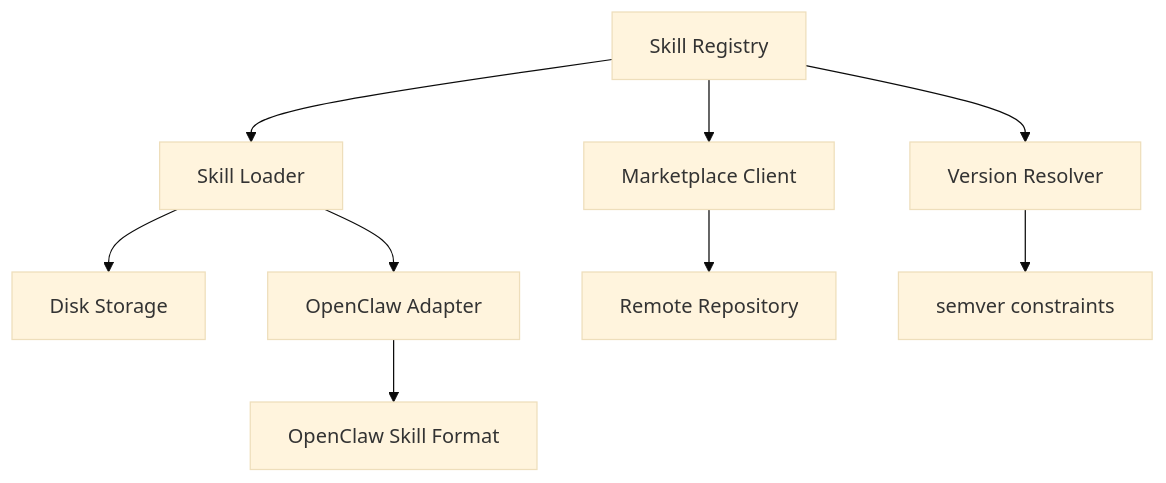
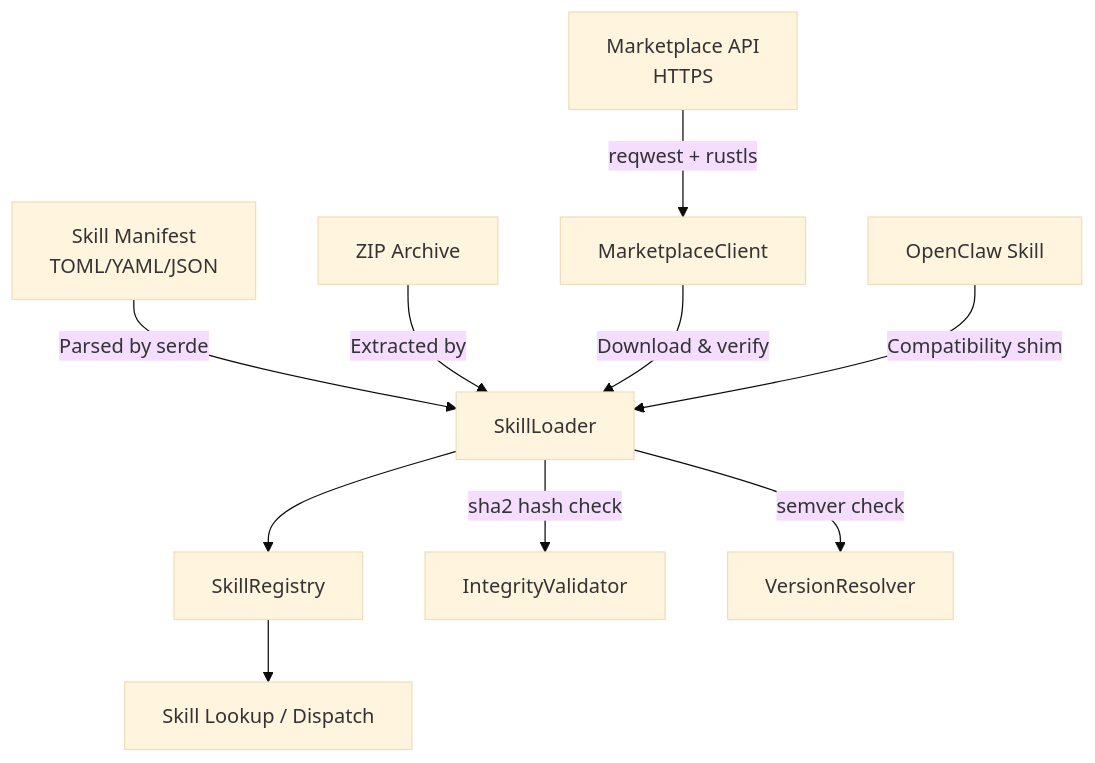
Before and after one commit to leszek3737/librefang-WIki: the diagram in other-librefang-skills.md, drawn with Mermaid (base theme). The commit also changed other lines of this file and 119 other files, not shown here.

````diff
--- a/other-librefang-skills.md
+++ b/other-librefang-skills.md
@@ -13,11 +20,12 @@
 ```mermaid
 graph TD
-    A[Skill Registry] --> B[Skill Loader]
-    B --> C[Disk Storage]
-    A --> D[Marketplace Client]
-    D --> E[Remote Repository]
-    B --> F[OpenClaw Adapter]
-    F --> G[OpenClaw Skill Format]
-    A --> H[Version Resolver]
-    H --> I[semver constraints]
+    A[Skill Manifest<br/>TOML/YAML/JSON] -->|Parsed by serde| B[SkillLoader]
+    B --> C[SkillRegistry]
+    C --> D[Skill Lookup / Dispatch]
+    E[ZIP Archive] -->|Extracted by| B
+    F[Marketplace API<br/>HTTPS] -->|reqwest + rustls| G[MarketplaceClient]
+    G -->|Download & verify| B
+    H[OpenClaw Skill] -->|Compatibility shim| B
+    B -->|sha2 hash check| I[IntegrityValidator]
+    B -->|semver check| J[VersionResolver]
 ```
````
